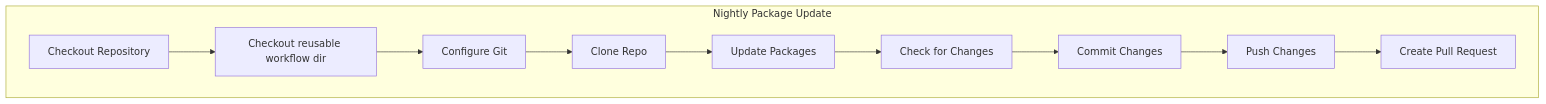
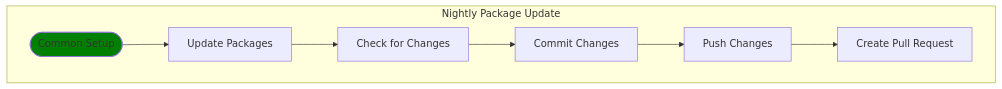
One commit to postindustria-tech/common-ci changed the fifth of 6 diagrams in README.md. Above: the diagram before and after it, drawn with Mermaid. The commit also changed other lines of this file, not shown here.

Commit message:
DOC: Simplified flowcharts a little

````diff
--- a/README.md
+++ b/README.md
@@ -172,16 +177,14 @@
 ``` mermaid
 graph LR
+classDef green fill:green;
   subgraph "Nightly Package Update"
     direction LR
-    A[Checkout Repository]
-    B[Checkout reusable workflow dir]
-    C[Configure Git]
-    D[Clone Repo]
-    E[Update Packages]
-    F[Check for Changes]
-    G[Commit Changes]
-    H[Push Changes]
-    I[Create Pull Request]
-    A-->B-->C-->D-->E-->F-->G-->H-->I
+    A([Common Setup]):::green
+    B[Update Packages]
+    C[Check for Changes]
+    D[Commit Changes]
+    E[Push Changes]
+    F[Create Pull Request]
+    A-->B-->C-->D-->E-->F
   end
 ```
````
